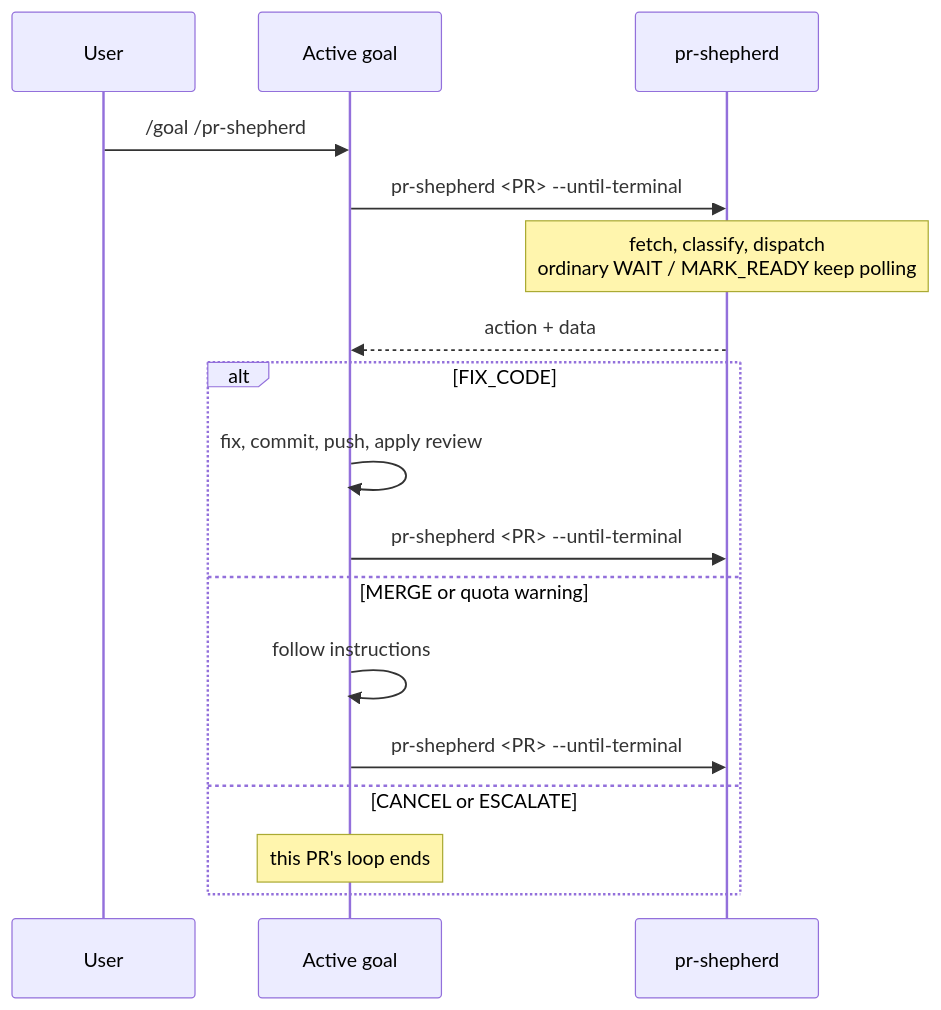
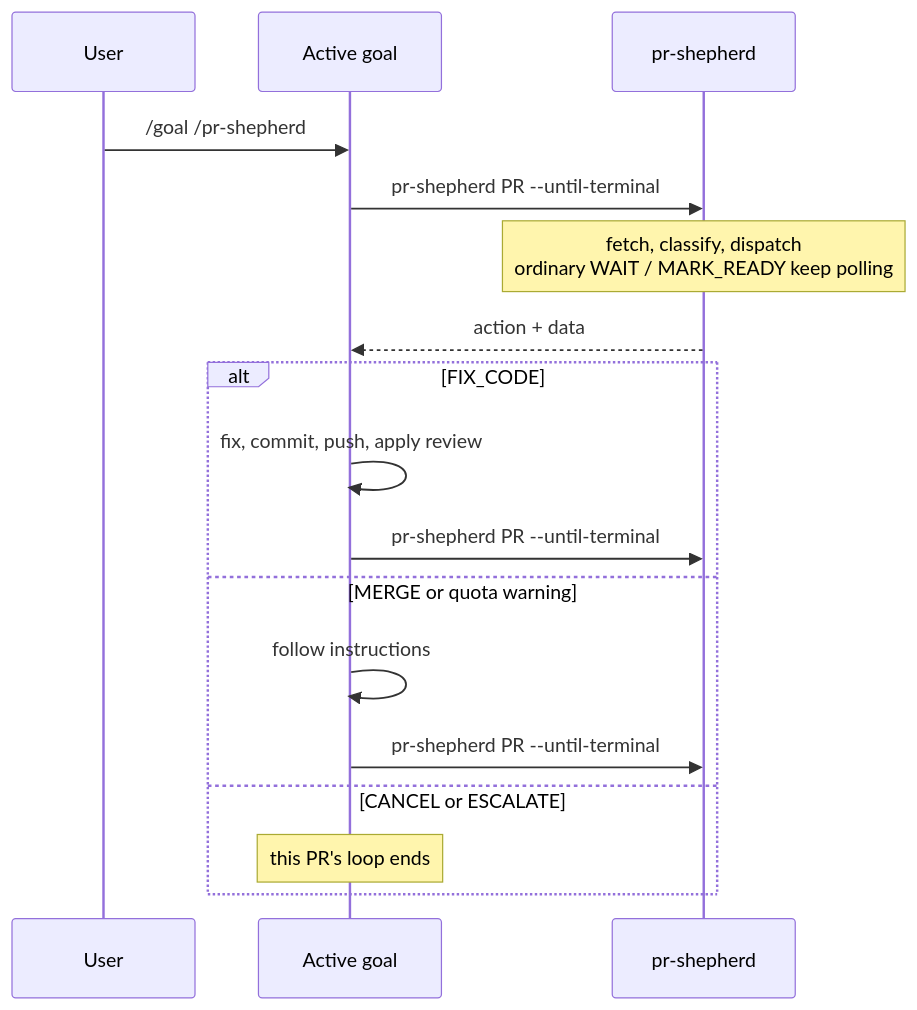
Before and after one commit to jonathanong/pr-shepherd: the diagram in docs/skills.md, drawn with Mermaid.

Commit message:
docs(skills): keep mermaid message text free of angle brackets
Claude-Session: https://claude.ai/code/session_01Mk6fgZqCFFwWuD25ibfLBa

````diff
--- a/docs/skills.md
+++ b/docs/skills.md
@@ -67,19 +67,19 @@
 ```mermaid
 sequenceDiagram
     participant U as User
     participant G as Active goal
     participant S as pr-shepherd
     U->>G: /goal /pr-shepherd
-    G->>S: pr-shepherd <PR> --until-terminal
+    G->>S: pr-shepherd PR --until-terminal
     Note over S: fetch, classify, dispatch<br/>ordinary WAIT / MARK_READY keep polling
     S-->>G: action + data
     alt FIX_CODE
         G->>G: fix, commit, push, apply review
-        G->>S: pr-shepherd <PR> --until-terminal
+        G->>S: pr-shepherd PR --until-terminal
     else MERGE or quota warning
         G->>G: follow instructions
-        G->>S: pr-shepherd <PR> --until-terminal
+        G->>S: pr-shepherd PR --until-terminal
     else CANCEL or ESCALATE
         Note over G: this PR's loop ends
     end
 ```
````
